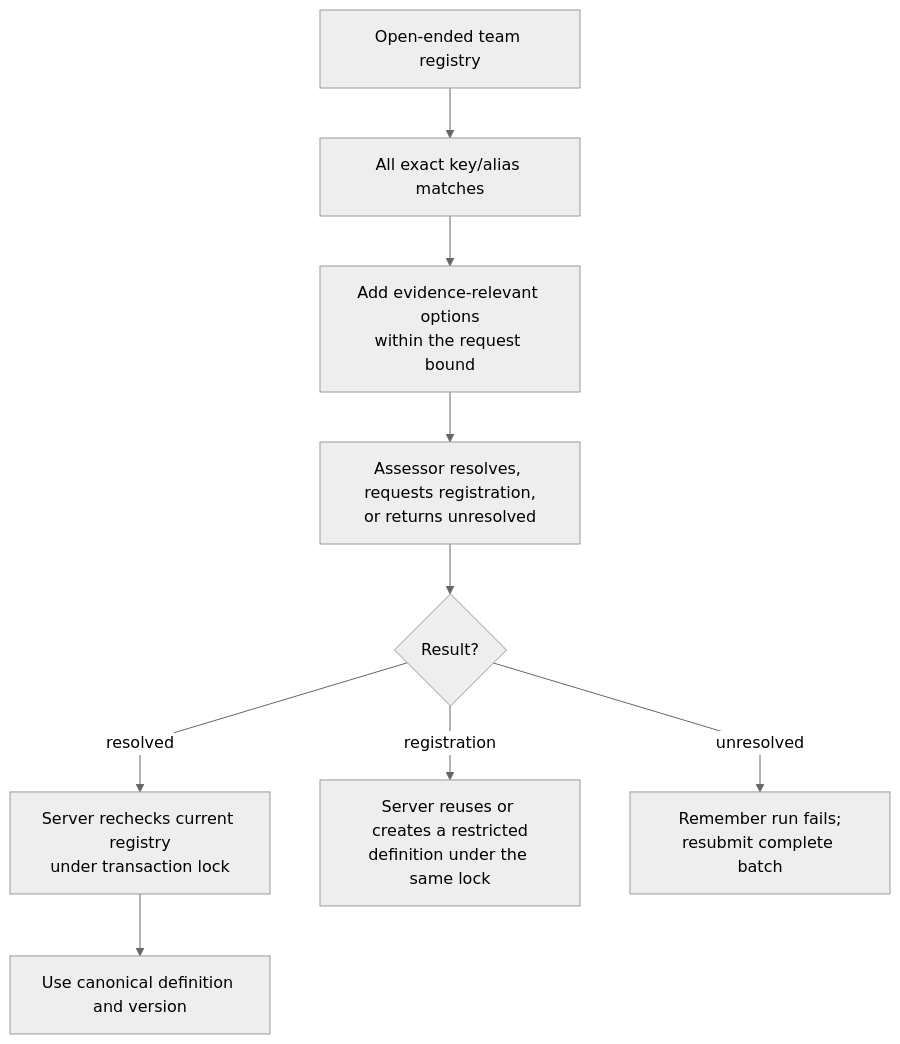
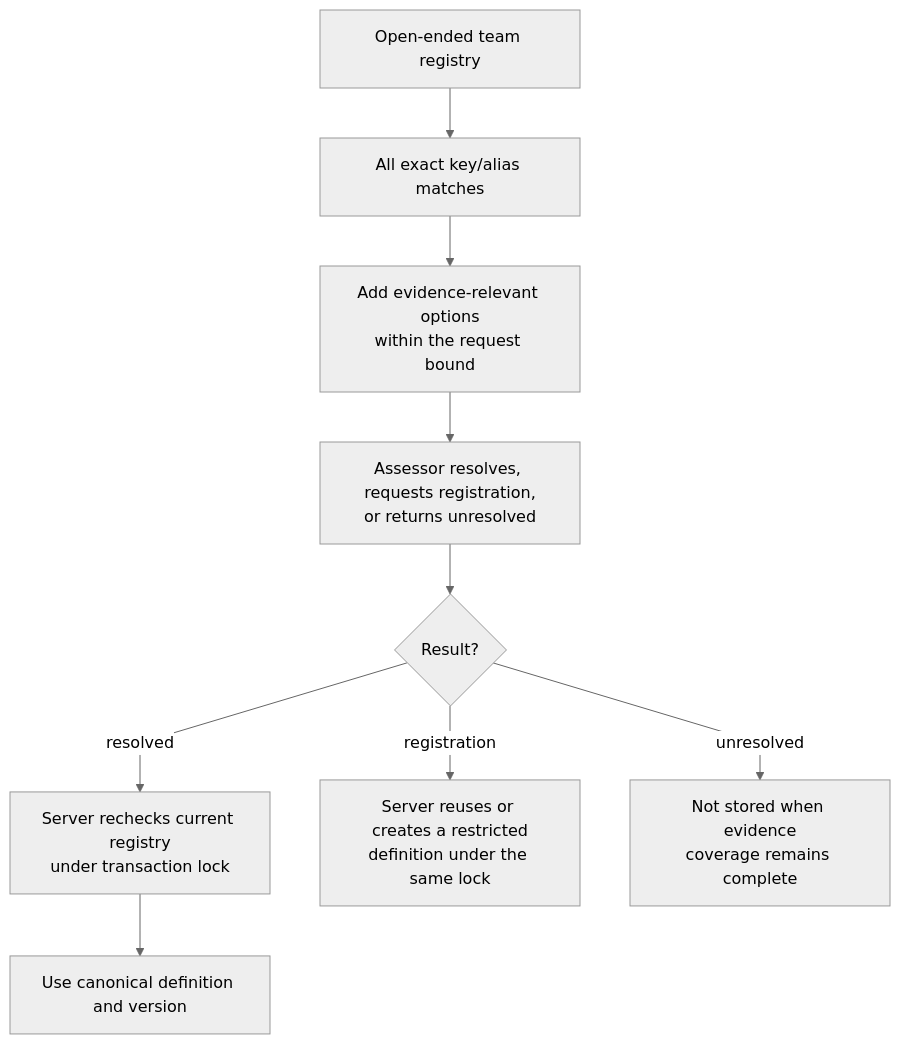
Before and after one commit to markhuangai/dense-mem: the fifth of 10 diagrams in Relationship-Model-And-Lifecycle.md, drawn with Mermaid (neutral theme). The commit also changed other lines of this file and 17 other files, not shown here.

````diff
--- a/Relationship-Model-And-Lifecycle.md
+++ b/Relationship-Model-And-Lifecycle.md
@@ -384,12 +385,12 @@
 ```mermaid
 %%{init: {"flowchart": {"curve": "linear"}}}%%
 flowchart TD
   Registry["Open-ended team registry"] --> Exact["All exact key/alias matches"]
   Exact --> Catalog["Add evidence-relevant options<br/>within the request bound"]
   Catalog --> Assess["Assessor resolves, requests registration,<br/>or returns unresolved"]
   Assess --> Selected{"Result?"}
   Selected -- resolved --> Recheck["Server rechecks current registry<br/>under transaction lock"]
   Recheck --> Use["Use canonical definition and version"]
   Selected -- registration --> Register["Server reuses or creates a restricted<br/>definition under the same lock"]
-  Selected -- unresolved --> Review["Remember run fails;<br/>resubmit complete batch"]
+  Selected -- unresolved --> Omit["Not stored when evidence<br/>coverage remains complete"]
 ```
````
